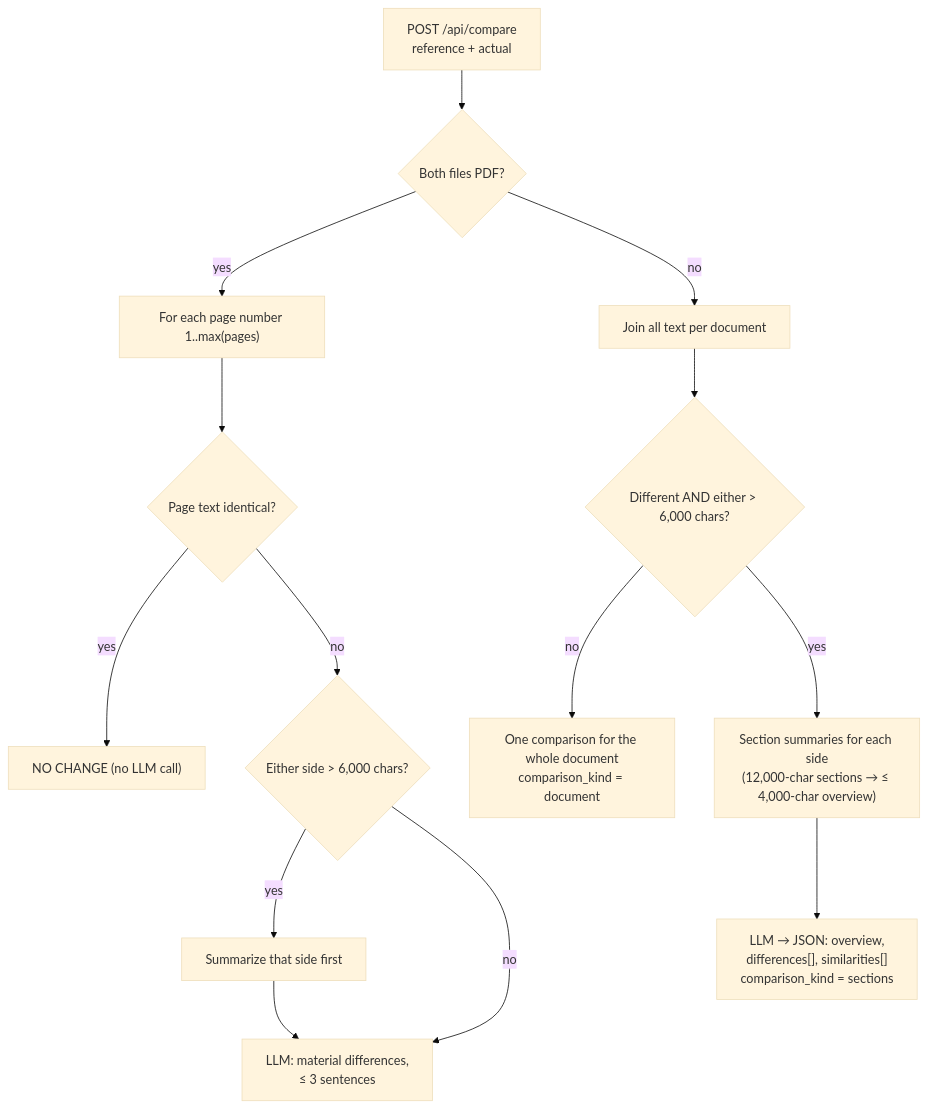
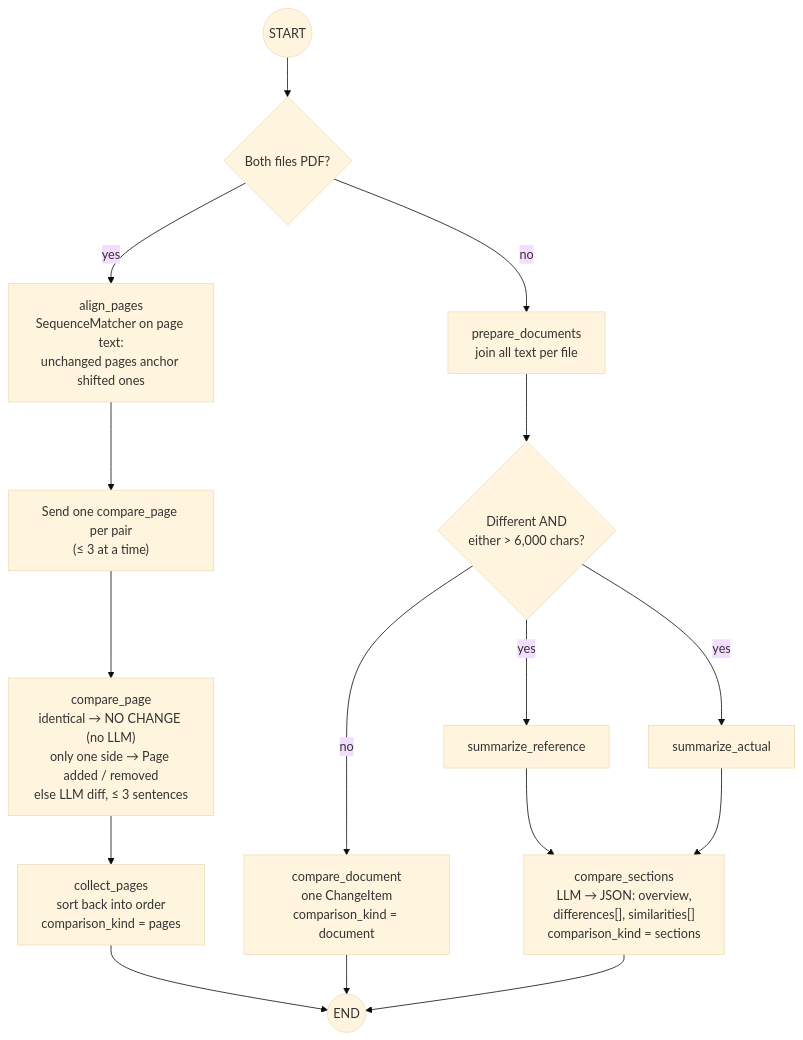
Before and after one commit to mannyiyer380/proj-01-enterprise-document-intelligence-system: the ninth of 13 diagrams in docs/ARCHITECTURE.md, drawn with Mermaid (base theme). The commit also changed other lines of this file, not shown here.

Commit message:
Update architecture doc for LangGraph workflows, review, caching and tests

````diff
--- a/docs/ARCHITECTURE.md
+++ b/docs/ARCHITECTURE.md
@@ -391,15 +451,14 @@
 ```mermaid
 flowchart TD
-    A["POST /api/compare<br/>reference + actual"] --> B{"Both files PDF?"}
-    B -- yes --> PG["For each page number 1..max(pages)"]
-    PG --> SAME{"Page text identical?"}
-    SAME -- yes --> NC["NO CHANGE (no LLM call)"]
-    SAME -- no --> LONG{"Either side > 6,000 chars?"}
-    LONG -- yes --> SUM["Summarize that side first"] --> DIFF
-    LONG -- no --> DIFF["LLM: material differences,<br/>≤ 3 sentences"]
-    B -- no --> J["Join all text per document"]
-    J --> BIG{"Different AND either > 6,000 chars?"}
-    BIG -- no --> ONE["One comparison for the whole document<br/>comparison_kind = document"]
-    BIG -- yes --> SEC["Section summaries for each side<br/>(12,000-char sections → ≤ 4,000-char overview)"]
-    SEC --> OV["LLM → JSON: overview,<br/>differences[], similarities[]<br/>comparison_kind = sections"]
+    S((START)) --> R{"Both files PDF?"}
+    R -- yes --> AL["align_pages<br/>SequenceMatcher on page text:<br/>unchanged pages anchor shifted ones"]
+    AL --> D["Send one compare_page per pair<br/>(≤ 3 at a time)"]
+    D --> CP["compare_page<br/>identical → NO CHANGE (no LLM)<br/>only one side → Page added / removed<br/>else LLM diff, ≤ 3 sentences"]
+    CP --> COL["collect_pages<br/>sort back into order<br/>comparison_kind = pages"]
+    R -- no --> PR["prepare_documents<br/>join all text per file"]
+    PR --> BIG{"Different AND<br/>either > 6,000 chars?"}
+    BIG -- no --> CD["compare_document<br/>one ChangeItem<br/>comparison_kind = document"]
+    BIG -- yes --> SR["summarize_reference"] & SA["summarize_actual"]
+    SR & SA --> CS["compare_sections<br/>LLM → JSON: overview,<br/>differences[], similarities[]<br/>comparison_kind = sections"]
+    COL & CD & CS --> E((END))
 ```
````
